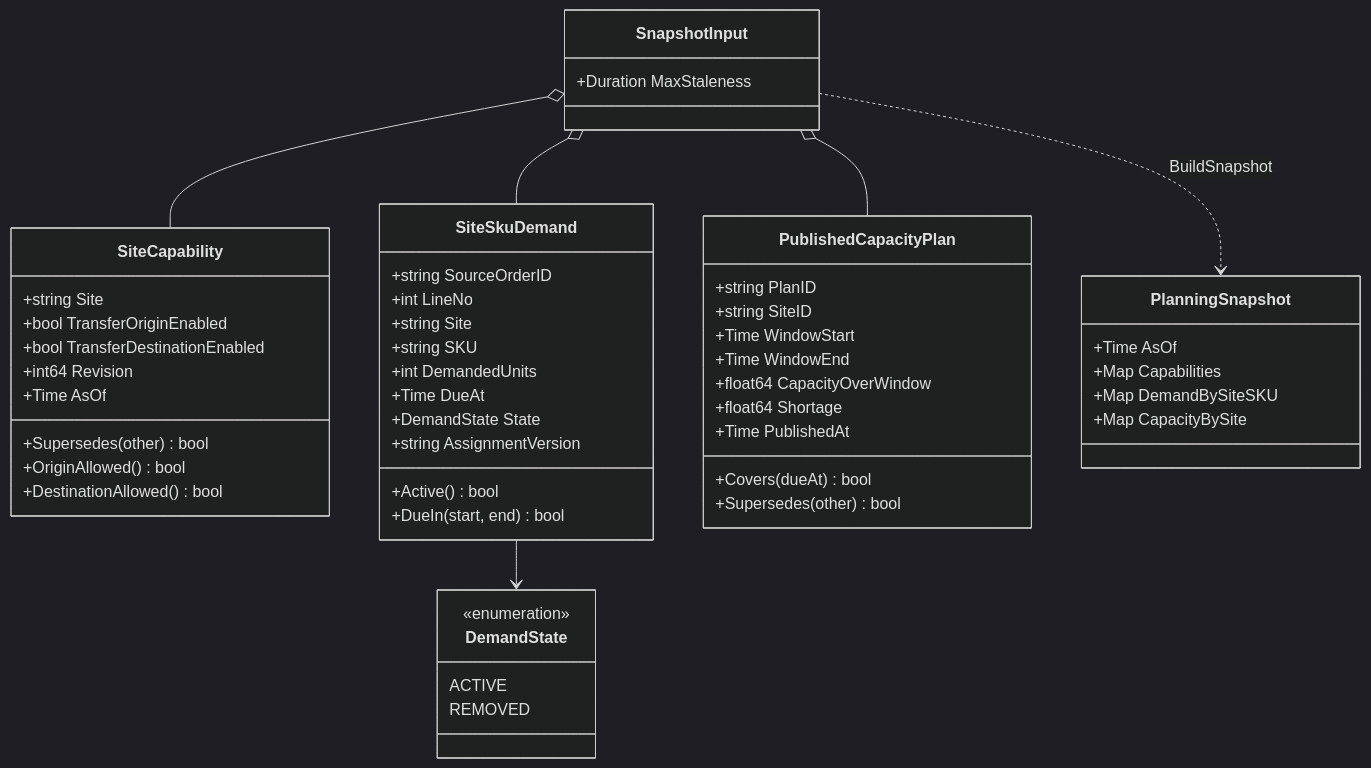
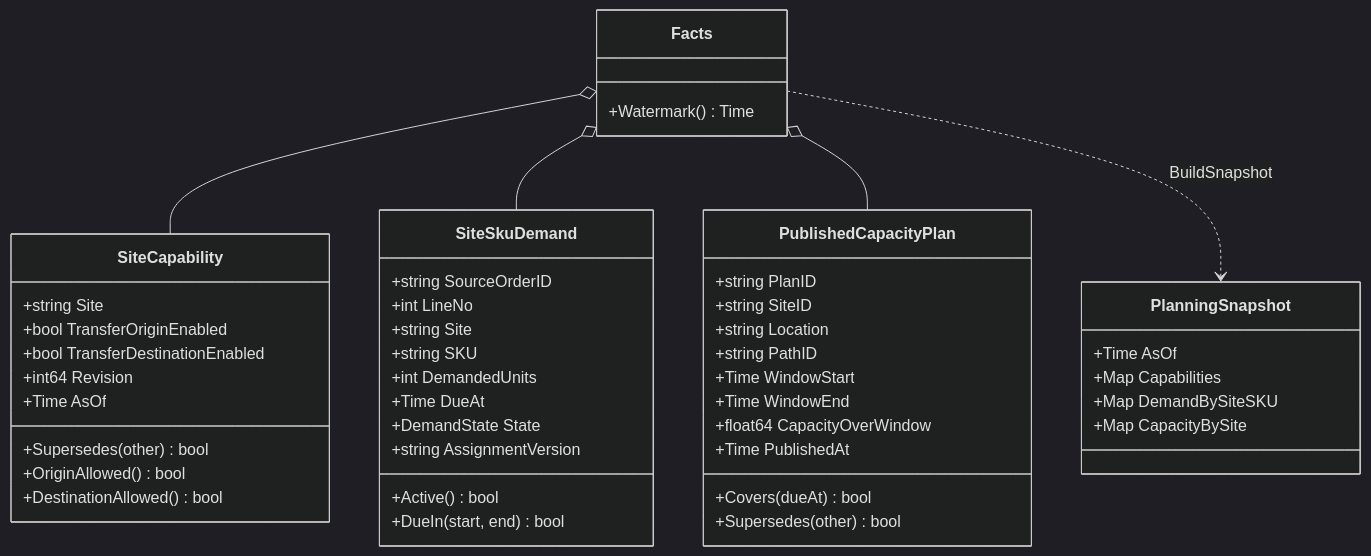
One commit to IQVO/warehouse-docs changed the third of 4 diagrams in docs/contexts/network-inventory-planning/class-diagram.md. Above: the diagram before and after it, drawn with Mermaid (dark theme). The commit also changed other lines of this file and 115 other files, not shown here.

````diff
--- a/docs/contexts/network-inventory-planning/class-diagram.md
+++ b/docs/contexts/network-inventory-planning/class-diagram.md
@@ -200,55 +193,50 @@
 ```mermaid
 classDiagram
   class SiteCapability {
     +string Site
     +bool TransferOriginEnabled
     +bool TransferDestinationEnabled
     +int64 Revision
     +Time AsOf
     +Supersedes(other) bool
     +OriginAllowed() bool
     +DestinationAllowed() bool
   }
   class SiteSkuDemand {
     +string SourceOrderID
     +int LineNo
     +string Site
     +string SKU
     +int DemandedUnits
     +Time DueAt
     +DemandState State
     +string AssignmentVersion
     +Active() bool
     +DueIn(start, end) bool
   }
   class PublishedCapacityPlan {
     +string PlanID
     +string SiteID
+    +string Location
+    +string PathID
     +Time WindowStart
     +Time WindowEnd
     +float64 CapacityOverWindow
-    +float64 Shortage
     +Time PublishedAt
     +Covers(dueAt) bool
     +Supersedes(other) bool
   }
-  class SnapshotInput {
-    +Duration MaxStaleness
+  class Facts {
+    +Watermark() Time
   }
   class PlanningSnapshot {
     +Time AsOf
     +Map Capabilities
     +Map DemandBySiteSKU
     +Map CapacityBySite
   }
-  class DemandState {
-    <<enumeration>>
-    ACTIVE
-    REMOVED
-  }
-  SnapshotInput o-- SiteCapability
-  SnapshotInput o-- SiteSkuDemand
-  SnapshotInput o-- PublishedCapacityPlan
-  SiteSkuDemand --> DemandState
-  SnapshotInput ..> PlanningSnapshot : BuildSnapshot
+  Facts o-- SiteCapability
+  Facts o-- SiteSkuDemand
+  Facts o-- PublishedCapacityPlan
+  Facts ..> PlanningSnapshot : BuildSnapshot
 ```
````
